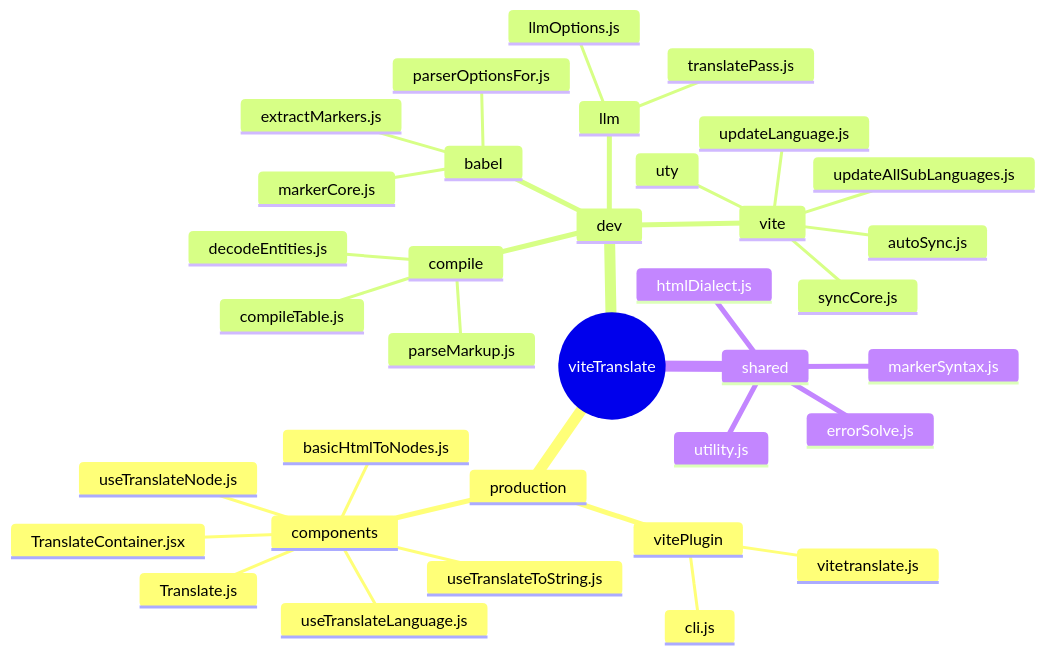
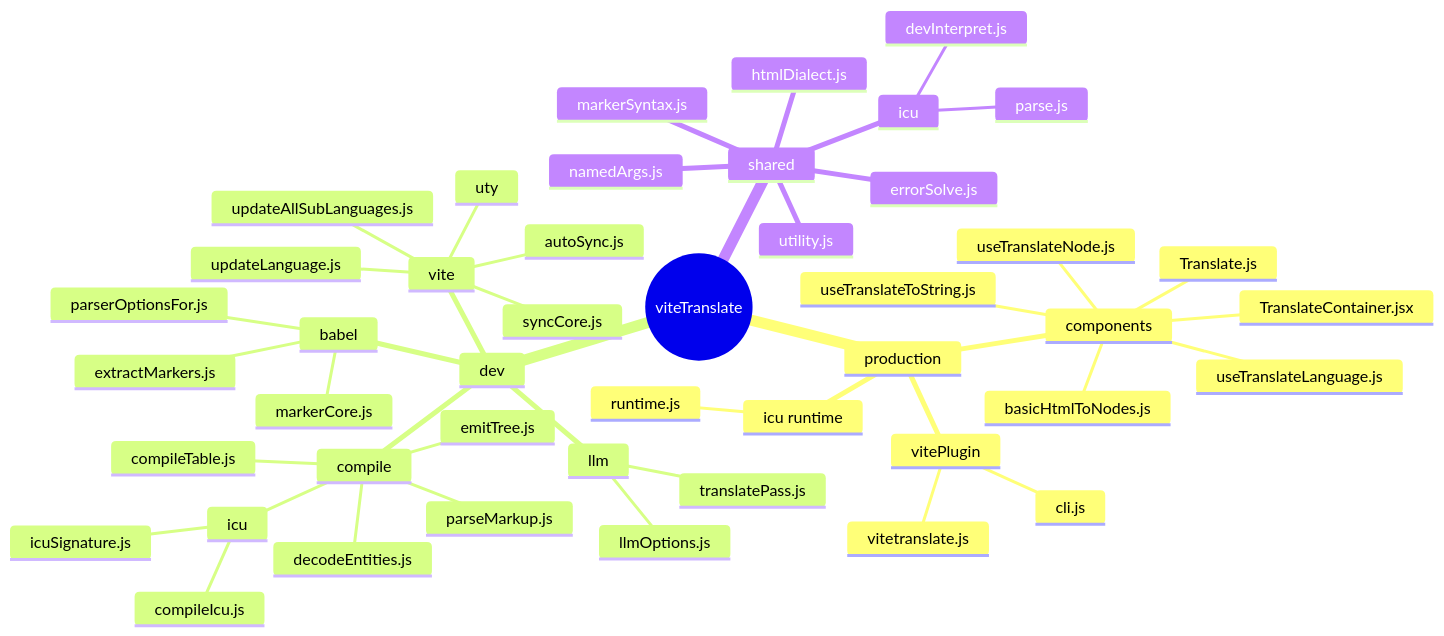
The second of 9 diagrams in doc/structure.md (sepoina/viteTranslate), drawn with Mermaid before and after one commit. The commit also changed other lines of this file and 94 other files, not shown here.

````diff
--- a/doc/structure.md
+++ b/doc/structure.md
@@ -83,38 +83,48 @@
 ```mermaid
 mindmap
   root((viteTranslate))
     production
       components
         TranslateContainer.jsx
         Translate.js
         useTranslateLanguage.js
         useTranslateToString.js
         useTranslateNode.js
         basicHtmlToNodes.js
       vitePlugin
         vitetranslate.js
         cli.js
+      icu runtime
+        runtime.js
     dev
       babel
         markerCore.js
         extractMarkers.js
         parserOptionsFor.js
       compile
         compileTable.js
+        emitTree.js
         parseMarkup.js
         decodeEntities.js
+        icu
+          icuSignature.js
+          compileIcu.js
       vite
         updateLanguage.js
         updateAllSubLanguages.js
         syncCore.js
         autoSync.js
         uty
       llm
         llmOptions.js
         translatePass.js
     shared
       htmlDialect.js
       errorSolve.js
       markerSyntax.js
+      namedArgs.js
       utility.js
+      icu
+        parse.js
+        devInterpret.js
 ```
````
